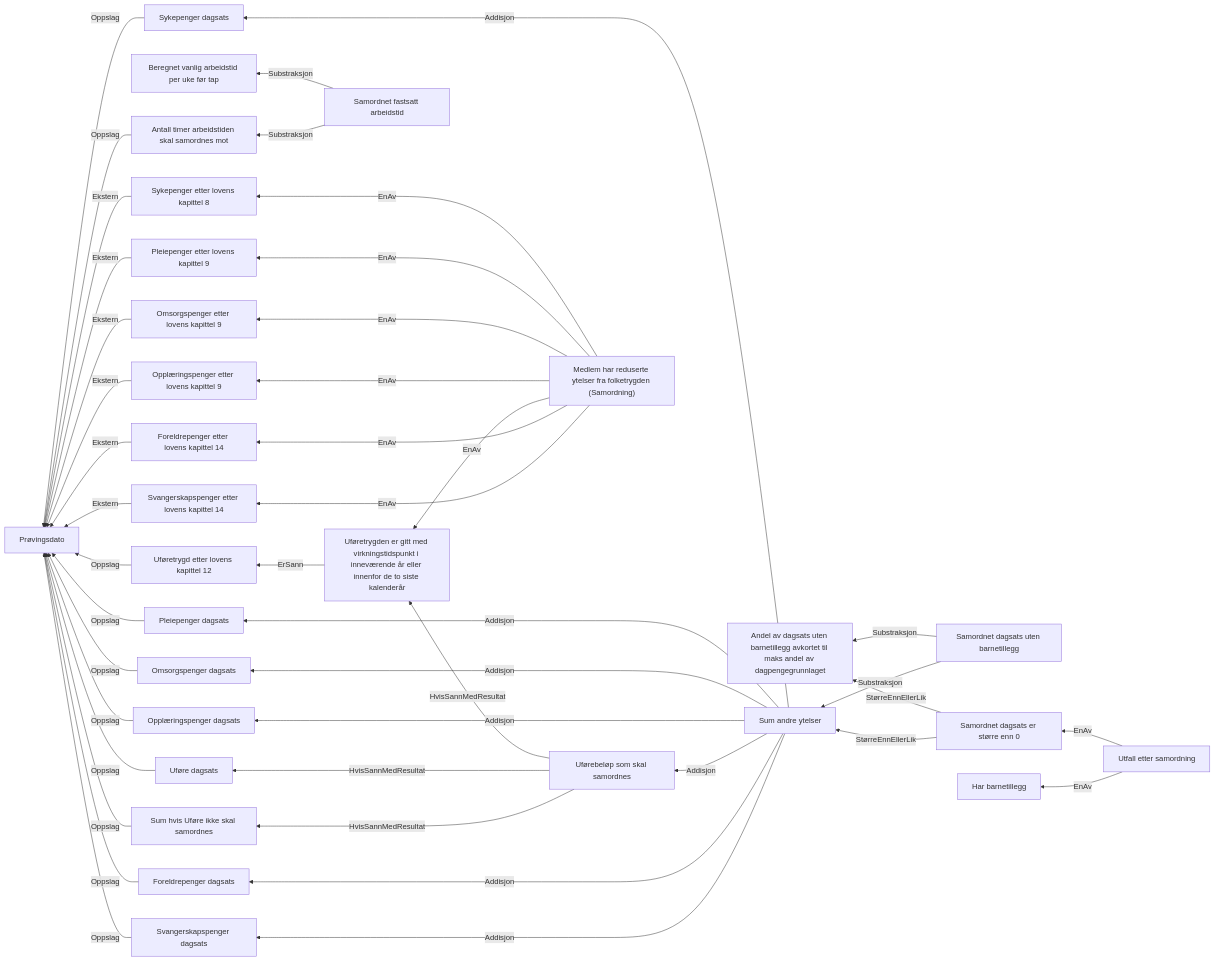
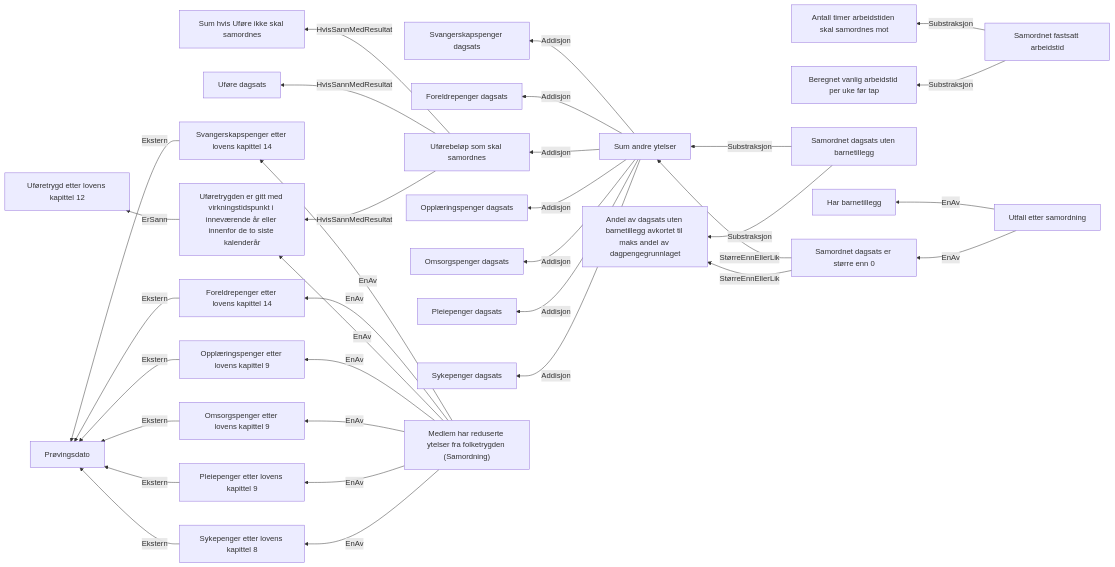
Before and after one commit to navikt/dp-behandling: the diagram in docs/regler/§ 4-25.Samordning med reduserte ytelser fra folketrygden, eller redusert avtalefestet pensjon.approved.md, drawn with Mermaid. The commit also changed 26 other files, not shown here.

````diff
--- a/docs/regler/§ 4-25.Samordning med reduserte ytelser fra folketrygden, eller redusert avtalefestet pensjon.approved.md
+++ b/docs/regler/§ 4-25.Samordning med reduserte ytelser fra folketrygden, eller redusert avtalefestet pensjon.approved.md
@@ -5,45 +5,35 @@
 ```mermaid
 graph RL
   A["Sykepenger etter lovens kapittel 8"] -->|"Ekstern"| B["Prøvingsdato"]
   C["Pleiepenger etter lovens kapittel 9"] -->|"Ekstern"| B["Prøvingsdato"]
   D["Omsorgspenger etter lovens kapittel 9"] -->|"Ekstern"| B["Prøvingsdato"]
   E["Opplæringspenger etter lovens kapittel 9"] -->|"Ekstern"| B["Prøvingsdato"]
   F["Foreldrepenger etter lovens kapittel 14"] -->|"Ekstern"| B["Prøvingsdato"]
   G["Svangerskapspenger etter lovens kapittel 14"] -->|"Ekstern"| B["Prøvingsdato"]
-  H["Uføretrygd etter lovens kapittel 12"] -->|"Oppslag"| B["Prøvingsdato"]
-  I["Uføretrygden er gitt med virkningstidspunkt i inneværende år eller innenfor de to siste kalenderår"] -->|"ErSann"| H["Uføretrygd etter lovens kapittel 12"]
-  J["Antall timer arbeidstiden skal samordnes mot"] -->|"Oppslag"| B["Prøvingsdato"]
-  K["Samordnet fastsatt arbeidstid"] -->|"Substraksjon"| L["Beregnet vanlig arbeidstid per uke før tap"]
-  K["Samordnet fastsatt arbeidstid"] -->|"Substraksjon"| J["Antall timer arbeidstiden skal samordnes mot"]
-  M["Sykepenger dagsats"] -->|"Oppslag"| B["Prøvingsdato"]
-  N["Pleiepenger dagsats"] -->|"Oppslag"| B["Prøvingsdato"]
-  O["Omsorgspenger dagsats"] -->|"Oppslag"| B["Prøvingsdato"]
-  P["Opplæringspenger dagsats"] -->|"Oppslag"| B["Prøvingsdato"]
-  Q["Uføre dagsats"] -->|"Oppslag"| B["Prøvingsdato"]
-  R["Svangerskapspenger dagsats"] -->|"Oppslag"| B["Prøvingsdato"]
-  S["Foreldrepenger dagsats"] -->|"Oppslag"| B["Prøvingsdato"]
-  T["Sum hvis Uføre ikke skal samordnes"] -->|"Oppslag"| B["Prøvingsdato"]
-  U["Uførebeløp som skal samordnes"] -->|"HvisSannMedResultat"| I["Uføretrygden er gitt med virkningstidspunkt i inneværende år eller innenfor de to siste kalenderår"]
-  U["Uførebeløp som skal samordnes"] -->|"HvisSannMedResultat"| Q["Uføre dagsats"]
-  U["Uførebeløp som skal samordnes"] -->|"HvisSannMedResultat"| T["Sum hvis Uføre ikke skal samordnes"]
-  V["Sum andre ytelser"] -->|"Addisjon"| M["Sykepenger dagsats"]
-  V["Sum andre ytelser"] -->|"Addisjon"| N["Pleiepenger dagsats"]
-  V["Sum andre ytelser"] -->|"Addisjon"| O["Omsorgspenger dagsats"]
-  V["Sum andre ytelser"] -->|"Addisjon"| P["Opplæringspenger dagsats"]
-  V["Sum andre ytelser"] -->|"Addisjon"| U["Uførebeløp som skal samordnes"]
-  V["Sum andre ytelser"] -->|"Addisjon"| S["Foreldrepenger dagsats"]
-  V["Sum andre ytelser"] -->|"Addisjon"| R["Svangerskapspenger dagsats"]
+  H["Uføretrygden er gitt med virkningstidspunkt i inneværende år eller innenfor de to siste kalenderår"] -->|"ErSann"| I["Uføretrygd etter lovens kapittel 12"]
+  J["Samordnet fastsatt arbeidstid"] -->|"Substraksjon"| K["Beregnet vanlig arbeidstid per uke før tap"]
+  J["Samordnet fastsatt arbeidstid"] -->|"Substraksjon"| L["Antall timer arbeidstiden skal samordnes mot"]
+  M["Uførebeløp som skal samordnes"] -->|"HvisSannMedResultat"| H["Uføretrygden er gitt med virkningstidspunkt i inneværende år eller innenfor de to siste kalenderår"]
+  M["Uførebeløp som skal samordnes"] -->|"HvisSannMedResultat"| N["Uføre dagsats"]
+  M["Uførebeløp som skal samordnes"] -->|"HvisSannMedResultat"| O["Sum hvis Uføre ikke skal samordnes"]
+  P["Sum andre ytelser"] -->|"Addisjon"| Q["Sykepenger dagsats"]
+  P["Sum andre ytelser"] -->|"Addisjon"| R["Pleiepenger dagsats"]
+  P["Sum andre ytelser"] -->|"Addisjon"| S["Omsorgspenger dagsats"]
+  P["Sum andre ytelser"] -->|"Addisjon"| T["Opplæringspenger dagsats"]
+  P["Sum andre ytelser"] -->|"Addisjon"| M["Uførebeløp som skal samordnes"]
+  P["Sum andre ytelser"] -->|"Addisjon"| U["Foreldrepenger dagsats"]
+  P["Sum andre ytelser"] -->|"Addisjon"| V["Svangerskapspenger dagsats"]
   W["Samordnet dagsats uten barnetillegg"] -->|"Substraksjon"| X["Andel av dagsats uten barnetillegg avkortet til maks andel av dagpengegrunnlaget"]
-  W["Samordnet dagsats uten barnetillegg"] -->|"Substraksjon"| V["Sum andre ytelser"]
+  W["Samordnet dagsats uten barnetillegg"] -->|"Substraksjon"| P["Sum andre ytelser"]
   Y["Samordnet dagsats er større enn 0"] -->|"StørreEnnEllerLik"| X["Andel av dagsats uten barnetillegg avkortet til maks andel av dagpengegrunnlaget"]
-  Y["Samordnet dagsats er større enn 0"] -->|"StørreEnnEllerLik"| V["Sum andre ytelser"]
+  Y["Samordnet dagsats er større enn 0"] -->|"StørreEnnEllerLik"| P["Sum andre ytelser"]
   Z["Utfall etter samordning"] -->|"EnAv"| Y["Samordnet dagsats er større enn 0"]
   Z["Utfall etter samordning"] -->|"EnAv"| AA["Har barnetillegg"]
   AB["Medlem har reduserte ytelser fra folketrygden (Samordning)"] -->|"EnAv"| A["Sykepenger etter lovens kapittel 8"]
   AB["Medlem har reduserte ytelser fra folketrygden (Samordning)"] -->|"EnAv"| C["Pleiepenger etter lovens kapittel 9"]
   AB["Medlem har reduserte ytelser fra folketrygden (Samordning)"] -->|"EnAv"| D["Omsorgspenger etter lovens kapittel 9"]
   AB["Medlem har reduserte ytelser fra folketrygden (Samordning)"] -->|"EnAv"| E["Opplæringspenger etter lovens kapittel 9"]
-  AB["Medlem har reduserte ytelser fra folketrygden (Samordning)"] -->|"EnAv"| I["Uføretrygden er gitt med virkningstidspunkt i inneværende år eller innenfor de to siste kalenderår"]
+  AB["Medlem har reduserte ytelser fra folketrygden (Samordning)"] -->|"EnAv"| H["Uføretrygden er gitt med virkningstidspunkt i inneværende år eller innenfor de to siste kalenderår"]
   AB["Medlem har reduserte ytelser fra folketrygden (Samordning)"] -->|"EnAv"| F["Foreldrepenger etter lovens kapittel 14"]
   AB["Medlem har reduserte ytelser fra folketrygden (Samordning)"] -->|"EnAv"| G["Svangerskapspenger etter lovens kapittel 14"]
 ```
````
